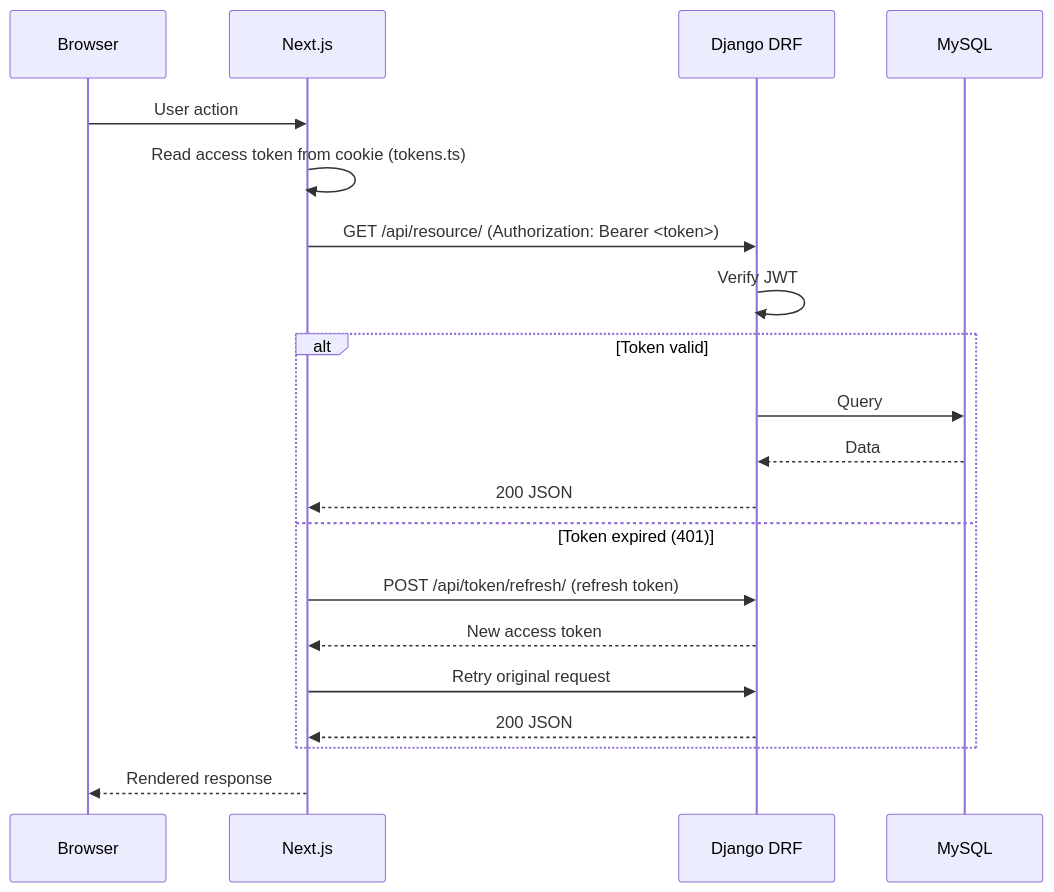
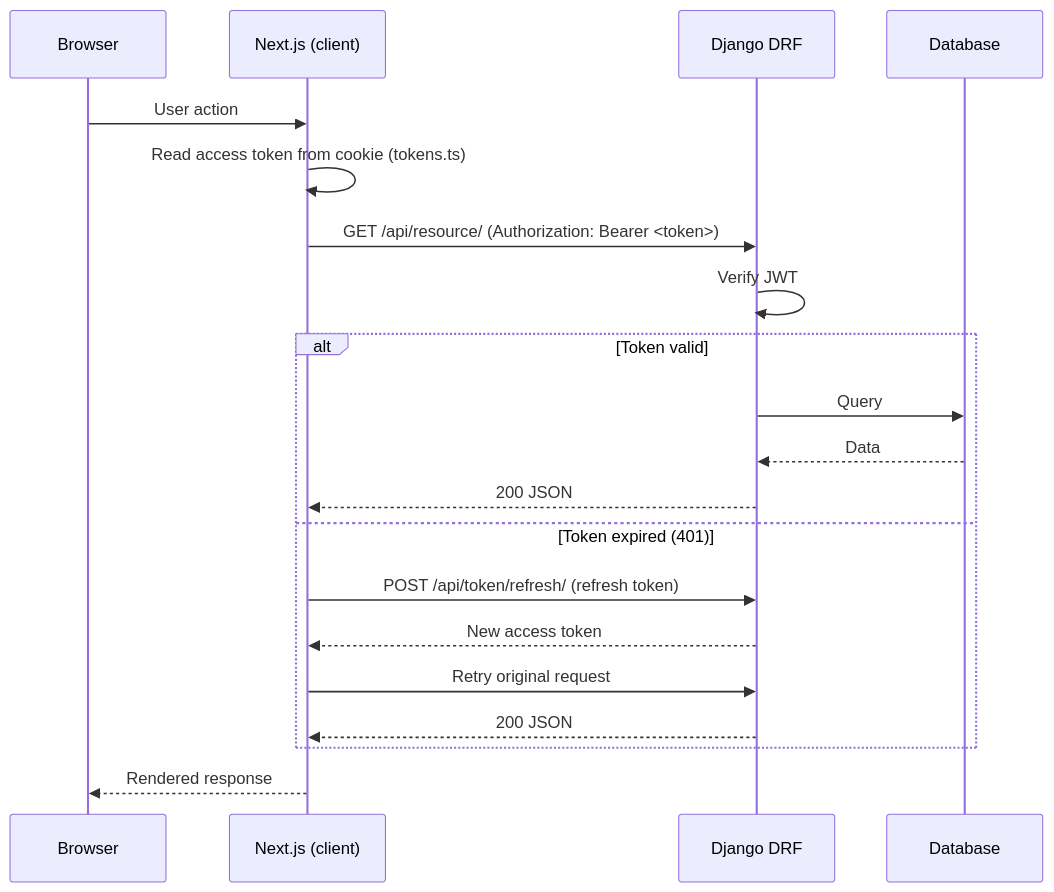
One commit to gustavop-dev/xpandia_project changed the second of 8 diagrams in docs/methodology/architecture.md. Above: the diagram before and after it, drawn with Mermaid. The commit also changed other lines of this file and 53 other files, not shown here.

````diff
--- a/docs/methodology/architecture.md
+++ b/docs/methodology/architecture.md
@@ -35,23 +40,23 @@
 ```mermaid
 sequenceDiagram
     participant B as Browser
-    participant FE as Next.js
+    participant FE as Next.js (client)
     participant API as Django DRF
-    participant DB as MySQL
+    participant DB as Database
 
     B->>FE: User action
     FE->>FE: Read access token from cookie (tokens.ts)
     FE->>API: GET /api/resource/ (Authorization: Bearer <token>)
     API->>API: Verify JWT
     alt Token valid
         API->>DB: Query
         DB-->>API: Data
         API-->>FE: 200 JSON
     else Token expired (401)
         FE->>API: POST /api/token/refresh/ (refresh token)
         API-->>FE: New access token
         FE->>API: Retry original request
         API-->>FE: 200 JSON
     end
     FE-->>B: Rendered response
 ```
````
